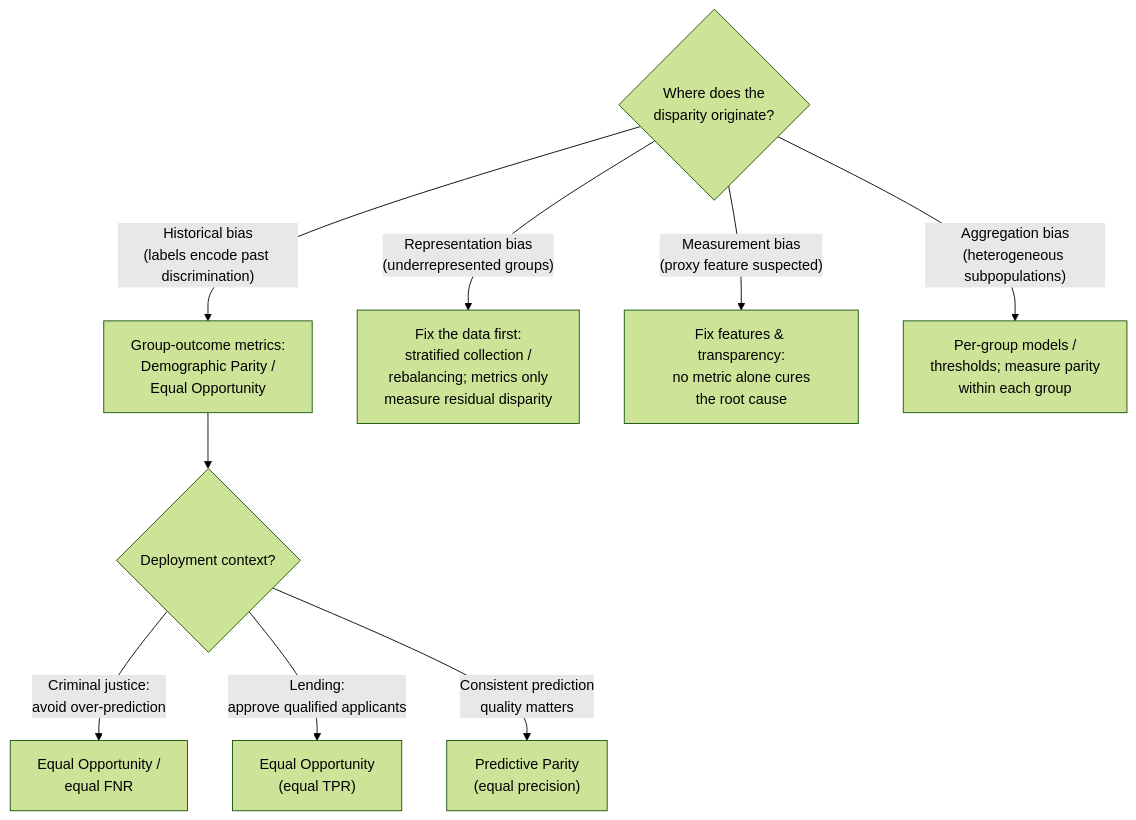
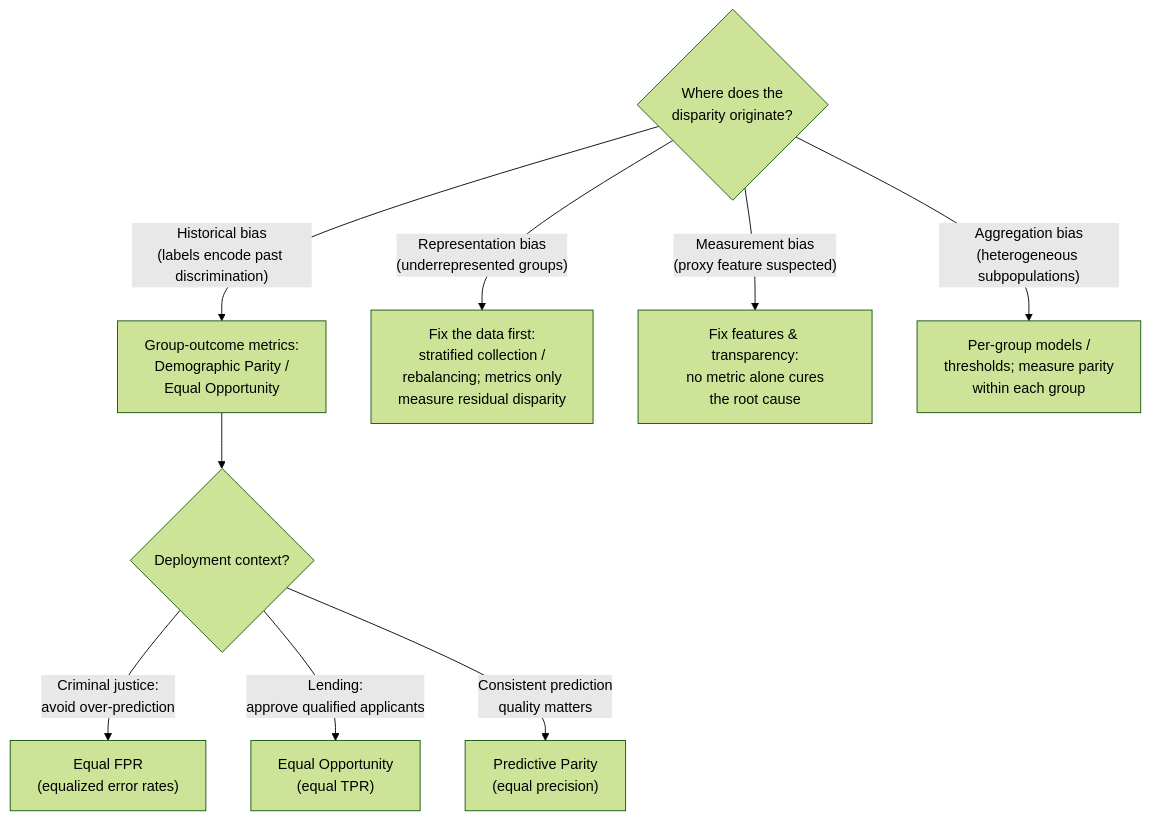
The fifth of 5 diagrams in lesson_32/notes.md (Abuhamad/comp378_f26), drawn with Mermaid (forest theme) before and after one commit. The commit also changed other lines of this file, not shown here.

````diff
--- a/lesson_32/notes.md
+++ b/lesson_32/notes.md
@@ -139,13 +139,13 @@
 ```mermaid
 flowchart TD
     D{"Where does the<br/>disparity originate?"}
     D -->|"Historical bias<br/>(labels encode past discrimination)"| M1["Group-outcome metrics:<br/>Demographic Parity /<br/>Equal Opportunity"]
     D -->|"Representation bias<br/>(underrepresented groups)"| M2["Fix the data first:<br/>stratified collection /<br/>rebalancing; metrics only<br/>measure residual disparity"]
     D -->|"Measurement bias<br/>(proxy feature suspected)"| M3["Fix features & transparency:<br/>no metric alone cures<br/>the root cause"]
     D -->|"Aggregation bias<br/>(heterogeneous subpopulations)"| M4["Per-group models /<br/>thresholds; measure parity<br/>within each group"]
 
     M1 --> CTX{"Deployment context?"}
-    CTX -->|"Criminal justice:<br/>avoid over-prediction"| E1["Equal Opportunity /<br/>equal FNR"]
+    CTX -->|"Criminal justice:<br/>avoid over-prediction"| E1["Equal FPR<br/>(equalized error rates)"]
     CTX -->|"Lending:<br/>approve qualified applicants"| E2["Equal Opportunity<br/>(equal TPR)"]
     CTX -->|"Consistent prediction<br/>quality matters"| E3["Predictive Parity<br/>(equal precision)"]
 ```
````
